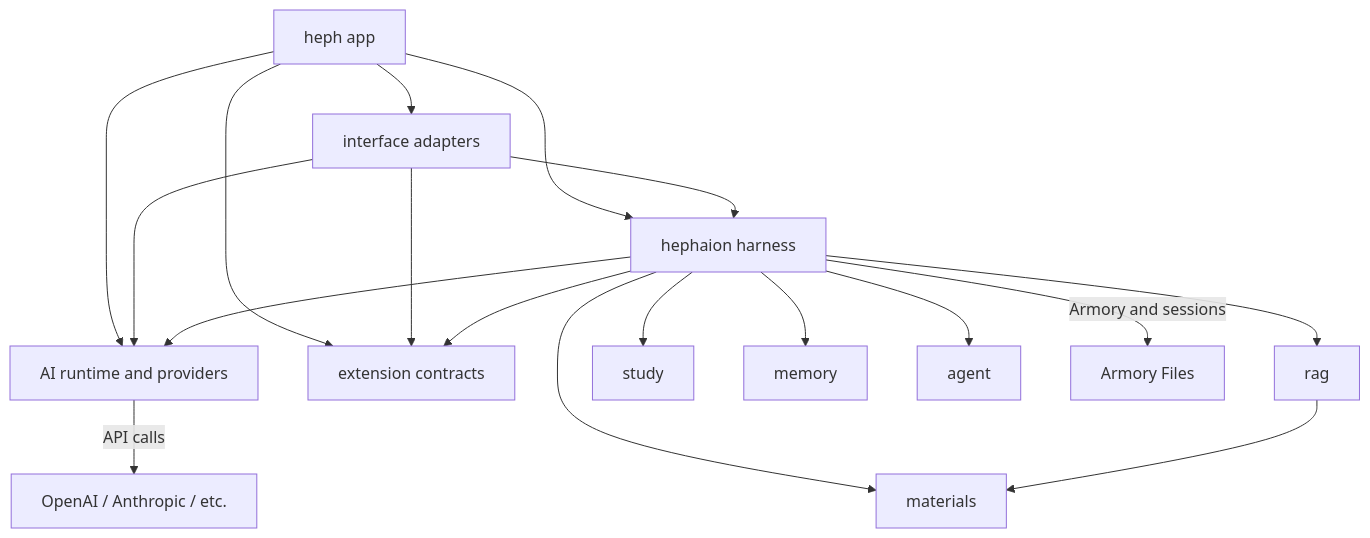
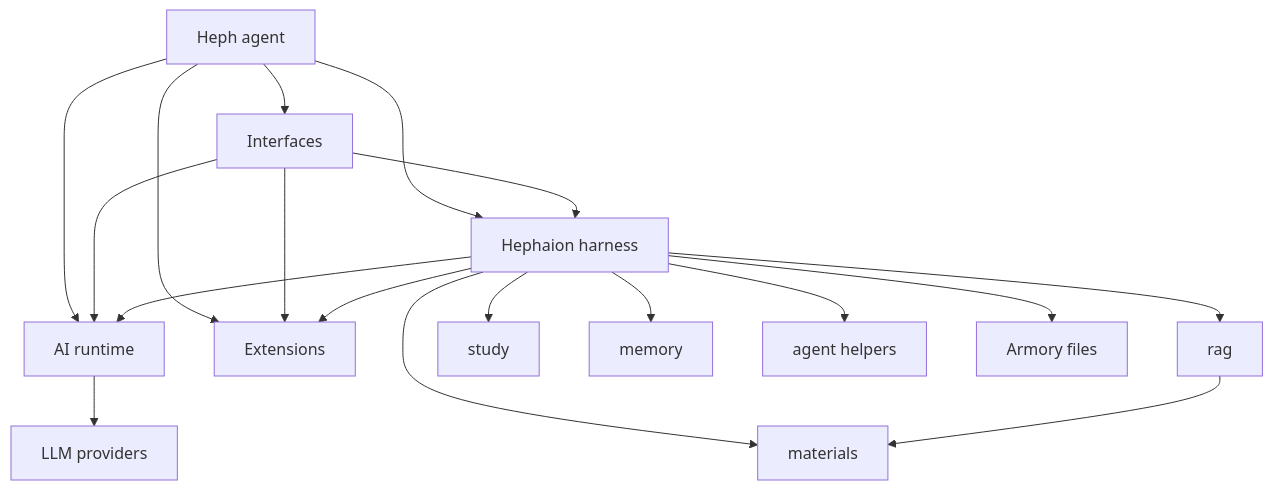
The first of 3 diagrams in docs/architecture.md (gildrb/heph), drawn with Mermaid before and after one commit. The commit also changed other lines of this file and 181 other files, not shown here.

Commit message:
refactor: finalize package architecture migration

````diff
--- a/docs/architecture.md
+++ b/docs/architecture.md
@@ -71,20 +64,20 @@
 ```mermaid
 graph TD
-    Heph[heph app] --> Interfaces[interface adapters]
-    Heph --> Harness[hephaion harness]
-    Heph --> AI[AI runtime and providers]
-    Heph --> Extensions[extension contracts]
+    Heph["Heph agent"] --> Interfaces["Interfaces"]
+    Heph --> Harness["Hephaion harness"]
+    Heph --> AI["AI runtime"]
+    Heph --> Extensions["Extensions"]
     Interfaces --> Harness
     Interfaces --> AI
     Interfaces --> Extensions
     Harness --> AI
     Harness --> Extensions
-    Harness --> Materials[materials]
-    Harness --> RAG[rag]
-    Harness --> Study[study]
-    Harness --> Memory[memory]
-    Harness --> Agent[agent]
+    Harness --> Materials["materials"]
+    Harness --> RAG["rag"]
+    Harness --> Study["study"]
+    Harness --> Memory["memory"]
+    Harness --> AgentLoop["agent helpers"]
     RAG --> Materials
-    AI -->|API calls| LLM[OpenAI / Anthropic / etc.]
-    Harness -->|Armory and sessions| FileStore[Armory Files]
+    AI --> LLM["LLM providers"]
+    Harness --> FileStore["Armory files"]
 ```
````
